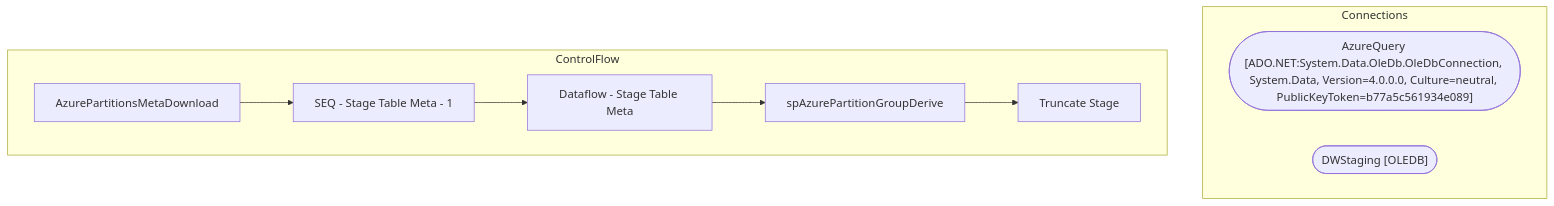
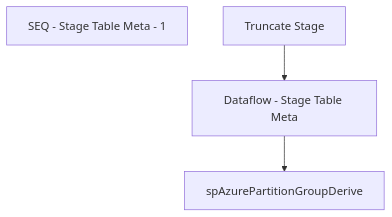
The diagram in bab-docs-explorer/Documentation/STL-SSIS-P-01/SSIS/Azure/AzurePartitionsMetaDownload.AzurePartitionsMetaDownload.md (juanandresbrain/BABSkills), drawn with Mermaid before and after one commit. The commit also changed other lines of this file and 273 other files, not shown here.

````diff
--- a/bab-docs-explorer/Documentation/STL-SSIS-P-01/SSIS/Azure/AzurePartitionsMetaDownload.AzurePartitionsMetaDownload.md
+++ b/bab-docs-explorer/Documentation/STL-SSIS-P-01/SSIS/Azure/AzurePartitionsMetaDownload.AzurePartitionsMetaDownload.md
@@ -9,18 +35,9 @@
 ```mermaid
 flowchart TD
-    subgraph Connections
-        AzureQuery_conn(["AzureQuery [ADO.NET:System.Data.OleDb.OleDbConnection, System.Data, Version=4.0.0.0, Culture=neutral, PublicKeyToken=b77a5c561934e089]"])
-        DWStaging_conn(["DWStaging [OLEDB]"])
-    end
-    subgraph ControlFlow
-        AzurePartitionsMetaDownload_task["AzurePartitionsMetaDownload"]
-        SEQ___Stage_Table_Meta___1_task["SEQ - Stage Table Meta - 1"]
-        AzurePartitionsMetaDownload_task --> SEQ___Stage_Table_Meta___1_task
-        Dataflow___Stage_Table_Meta_task["Dataflow - Stage Table Meta"]
-        SEQ___Stage_Table_Meta___1_task --> Dataflow___Stage_Table_Meta_task
-        spAzurePartitionGroupDerive_task["spAzurePartitionGroupDerive"]
-        Dataflow___Stage_Table_Meta_task --> spAzurePartitionGroupDerive_task
-        Truncate_Stage_task["Truncate Stage"]
-        spAzurePartitionGroupDerive_task --> Truncate_Stage_task
-    end
+    n_Package_SEQ___Stage_Table_Meta___1["SEQ - Stage Table Meta - 1"]
+    n_Package_SEQ___Stage_Table_Meta___1_Dataflow___Stage_Table_Meta["Dataflow - Stage Table Meta"]
+    n_Package_SEQ___Stage_Table_Meta___1_spAzurePartitionGroupDerive["spAzurePartitionGroupDerive"]
+    n_Package_SEQ___Stage_Table_Meta___1_Truncate_Stage["Truncate Stage"]
+    n_Package_SEQ___Stage_Table_Meta___1_Truncate_Stage --> n_Package_SEQ___Stage_Table_Meta___1_Dataflow___Stage_Table_Meta
+    n_Package_SEQ___Stage_Table_Meta___1_Dataflow___Stage_Table_Meta --> n_Package_SEQ___Stage_Table_Meta___1_spAzurePartitionGroupDerive
 ```
````
